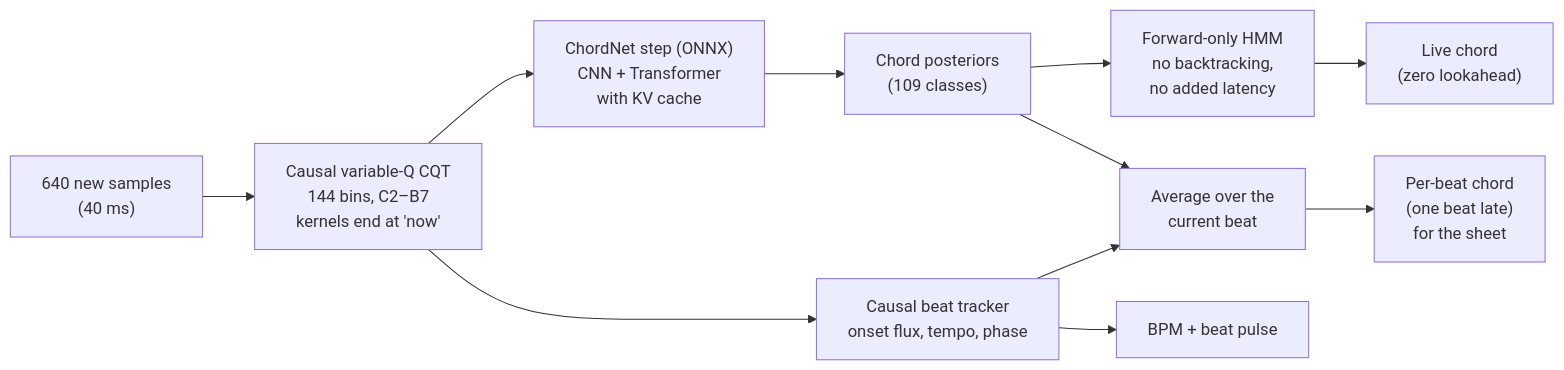
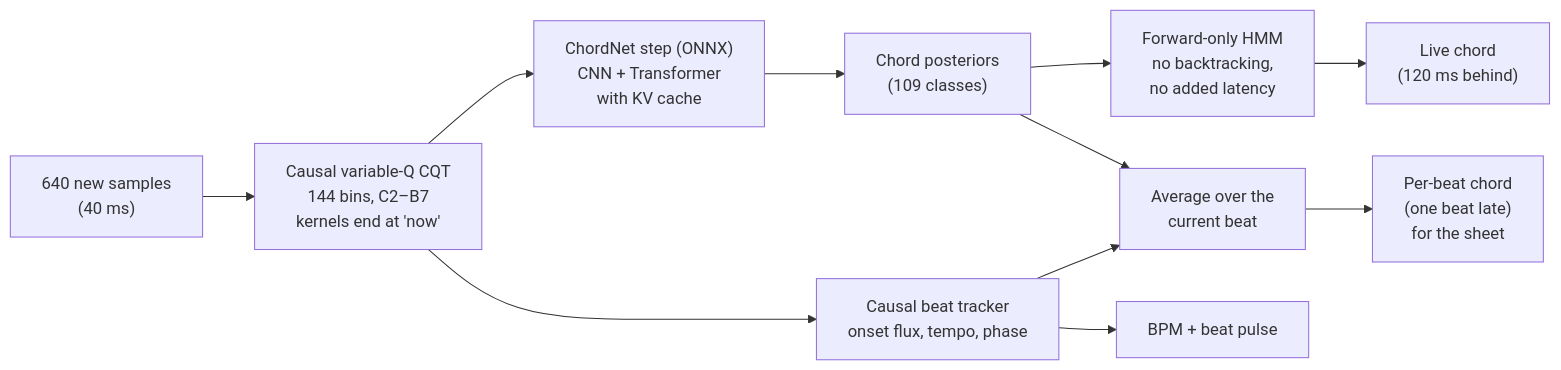
One commit to helloparthshah/chordstream changed the second of 4 diagrams in README.md. Above: the diagram before and after it, drawn with Mermaid. The commit also changed other lines of this file and 1 other file, not shown here.

````diff
--- a/README.md
+++ b/README.md
@@ -42,13 +45,13 @@
 ```mermaid
 flowchart LR
     PCM["640 new samples<br/>(40 ms)"] --> CQT["Causal variable-Q CQT<br/>144 bins, C2–B7<br/>kernels end at 'now'"]
     CQT --> NET["ChordNet step (ONNX)<br/>CNN + Transformer<br/>with KV cache"]
     NET --> P["Chord posteriors<br/>(109 classes)"]
     P --> HMM["Forward-only HMM<br/>no backtracking,<br/>no added latency"]
-    HMM --> LIVE["Live chord<br/>(zero lookahead)"]
+    HMM --> LIVE["Live chord<br/>(120 ms behind)"]
     P --> POOL["Average over the<br/>current beat"]
     CQT --> BT["Causal beat tracker<br/>onset flux, tempo, phase"]
     BT --> POOL
     BT --> BPM["BPM + beat pulse"]
     POOL --> BEAT["Per-beat chord<br/>(one beat late)<br/>for the sheet"]
 ```
````
